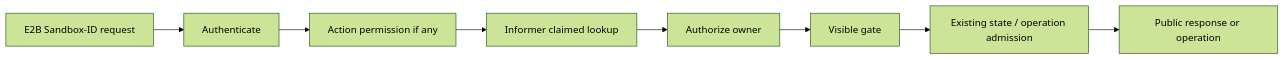
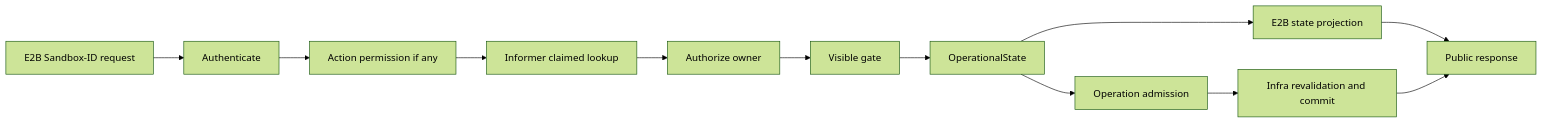
Before and after one commit to AiRanthem/agents: the diagram in docs/proposals/20260826-sandbox-lookup-e2b-visibility-EN.md, drawn with Mermaid (forest theme). The commit also changed other lines of this file and 1 other file, not shown here.

````diff
--- a/docs/proposals/20260826-sandbox-lookup-e2b-visibility-EN.md
+++ b/docs/proposals/20260826-sandbox-lookup-e2b-visibility-EN.md
@@ -139,10 +162,14 @@
 ```mermaid
 flowchart LR
     Request[E2B Sandbox-ID request] --> Auth[Authenticate]
     Auth --> Permission[Action permission if any]
     Permission --> Lookup[Informer claimed lookup]
     Lookup --> Owner[Authorize owner]
     Owner --> Visible[Visible gate]
-    Visible --> State[Existing state / operation admission]
-    State --> Result[Public response or operation]
+    Visible --> Operational[OperationalState]
+    Operational --> Projection[E2B state projection]
+    Operational --> Admission[Operation admission]
+    Admission --> Capability[Infra revalidation and commit]
+    Projection --> Result[Public response]
+    Capability --> Result
 ```
````
